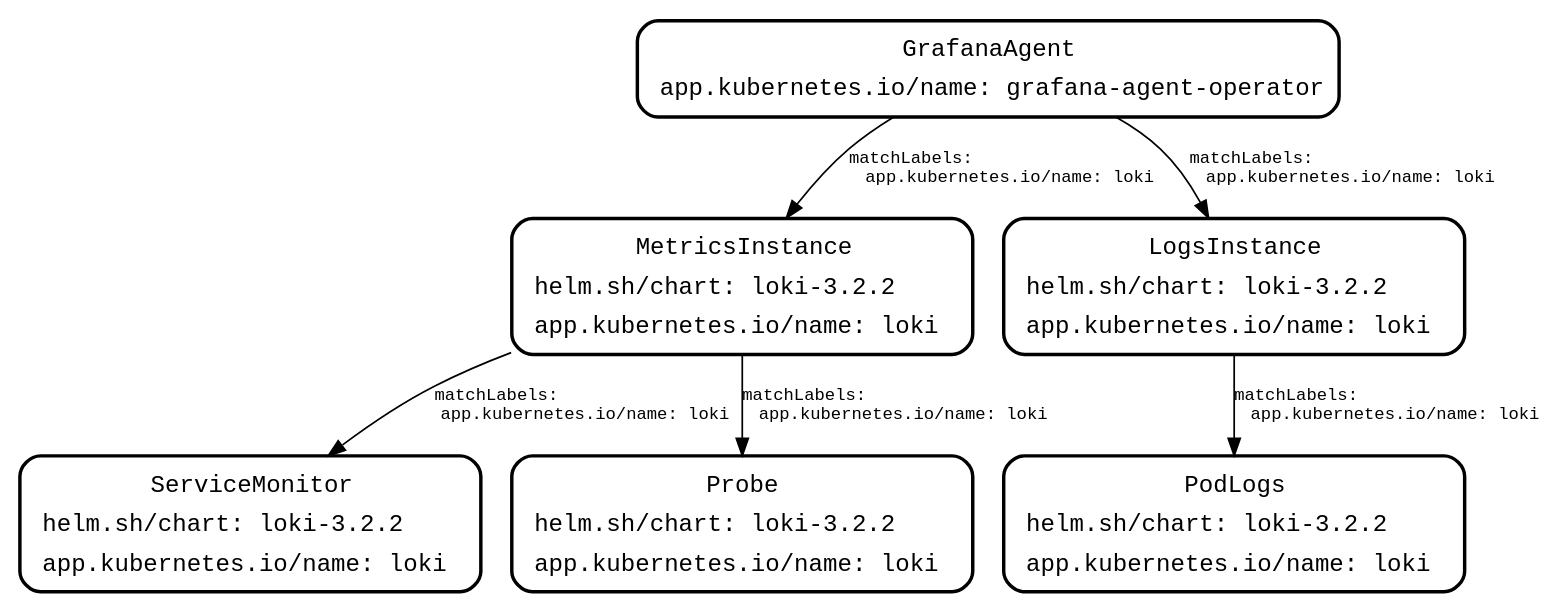
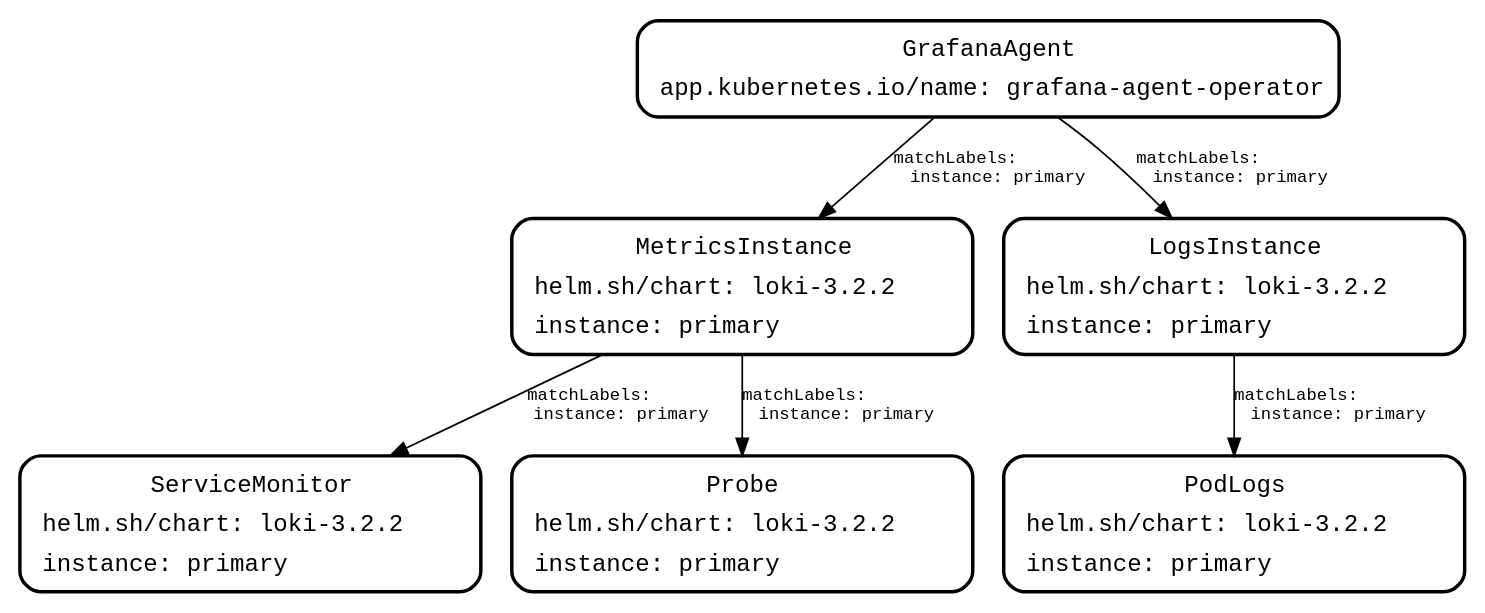
The diagram in docs/sources/operator/hierarchy.dot (grafana/agent), drawn with Graphviz before and after one commit. The commit also changed 2 other files, not shown here.

Commit message:
Rename label to `instance`.

```diff
--- a/docs/sources/operator/hierarchy.dot
+++ b/docs/sources/operator/hierarchy.dot
@@ -1,71 +1,71 @@
 digraph G {
  fontname="Courier New"
  edge [fontname="Courier New"]
  rankdir="TB"
  edge [fontsize=10]
 
  "GrafanaAgent" [ 
      style = "filled, bold"
      penwidth = 2
      fillcolor = "white"
      fontname = "Courier New"
      shape = "Mrecord"
      label =<<table border="0" cellborder="0" cellpadding="3" ><tr><td align="center" colspan="2"><font>GrafanaAgent</font></td></tr><tr><td align="left" port="r0">app.kubernetes.io/name: grafana-agent-operator</td></tr></table>>
      ];
  "MetricsInstance" [ 
      style = "filled, bold"
      penwidth = 2
      fillcolor = "white"
      fontname = "Courier New"
      shape = "Mrecord"
      label =<<table border="0" cellborder="0" cellpadding="3" ><tr><td align="center" colspan="2"><font>MetricsInstance</font></td></tr><tr><td align="left" port="r0">helm.sh/chart: loki-3.2.2
-    </td></tr><tr><td align="left" port="r1">app.kubernetes.io/name: loki</td></tr></table>>
+    </td></tr><tr><td align="left" port="r1">instance: primary</td></tr></table>>
      ];
  "LogsInstance" [ 
      style = "filled, bold"
      penwidth = 2
      fillcolor = "white"
      fontname = "Courier New"
      shape = "Mrecord"
      label =<<table border="0" cellborder="0" cellpadding="3" ><tr><td align="center" colspan="2"><font>LogsInstance</font></td></tr><tr><td align="left" port="r0">helm.sh/chart: loki-3.2.2
-    </td></tr><tr><td align="left" port="r1">app.kubernetes.io/name: loki</td></tr></table>>
+    </td></tr><tr><td align="left" port="r1">instance: primary</td></tr></table>>
      ];
  "ServiceMonitor" [ 
      style = "filled, bold"
      penwidth = 2
      fillcolor = "white"
      fontname = "Courier New"
      shape = "Mrecord"
      label =<<table border="0" cellborder="0" cellpadding="3" ><tr><td align="center" colspan="2"><font>ServiceMonitor</font></td></tr><tr><td align="left" port="r0">helm.sh/chart: loki-3.2.2
-    </td></tr><tr><td align="left" port="r1">app.kubernetes.io/name: loki</td></tr></table>>
+    </td></tr><tr><td align="left" port="r1">instance: primary</td></tr></table>>
      ];
  "Probe" [ 
      style = "filled, bold"
      penwidth = 2
      fillcolor = "white"
      fontname = "Courier New"
      shape = "Mrecord"
      label =<<table border="0" cellborder="0" cellpadding="3" ><tr><td align="center" colspan="2"><font>Probe</font></td></tr><tr><td align="left" port="r0">helm.sh/chart: loki-3.2.2
-    </td></tr><tr><td align="left" port="r1">app.kubernetes.io/name: loki</td></tr></table>>
+    </td></tr><tr><td align="left" port="r1">instance: primary</td></tr></table>>
      ];
  "PodLogs" [ 
      style = "filled, bold"
      penwidth = 2
      fillcolor = "white"
      fontname = "Courier New"
      shape = "Mrecord"
      label =<<table border="0" cellborder="0" cellpadding="3" ><tr><td align="center" colspan="2"><font>PodLogs</font></td></tr><tr><td align="left" port="r0">helm.sh/chart: loki-3.2.2
-    </td></tr><tr><td align="left" port="r1">app.kubernetes.io/name: loki</td></tr></table>>
+    </td></tr><tr><td align="left" port="r1">instance: primary</td></tr></table>>
      ];
 
  
- GrafanaAgent -> MetricsInstance [ label="matchLabels:\l  app.kubernetes.io/name: loki" ];
- MetricsInstance -> Probe [ label="matchLabels:\l  app.kubernetes.io/name: loki" ];
- MetricsInstance -> ServiceMonitor [ label="matchLabels:\l app.kubernetes.io/name: loki" ];
+ GrafanaAgent -> MetricsInstance [ label="matchLabels:\l  instance: primary" ];
+ MetricsInstance -> Probe [ label="matchLabels:\l  instance: primary" ];
+ MetricsInstance -> ServiceMonitor [ label="matchLabels:\l instance: primary" ];
  
- GrafanaAgent -> LogsInstance [ label="matchLabels:\l  app.kubernetes.io/name: loki" ];
- LogsInstance -> PodLogs [ label="matchLabels:\l  app.kubernetes.io/name: loki" ];
+ GrafanaAgent -> LogsInstance [ label="matchLabels:\l  instance: primary" ];
+ LogsInstance -> PodLogs [ label="matchLabels:\l  instance: primary" ];
  
  
 
 }
```
